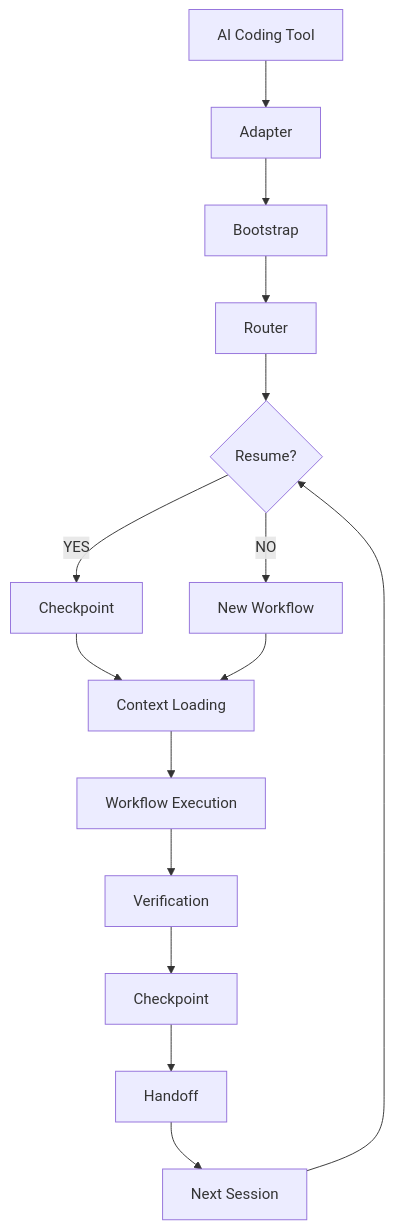
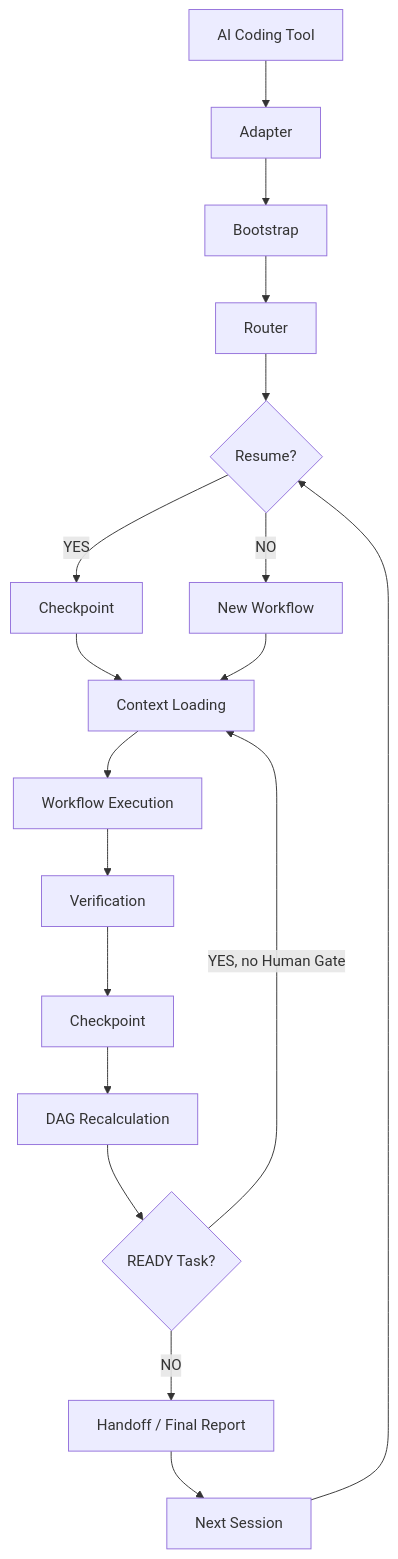
Before and after one commit to AlanHuang168/ai-codeops-harness: the diagram in docs/harness/RUNTIME-MODEL.md, drawn with Mermaid. The commit also changed other lines of this file and 10 other files, not shown here.

```diff
--- a/docs/harness/RUNTIME-MODEL.md
+++ b/docs/harness/RUNTIME-MODEL.md
@@ -93,17 +106,20 @@
 ~~~mermaid
 flowchart TD
     A[AI Coding Tool] --> B[Adapter]
     B --> C[Bootstrap]
     C --> D[Router]
     D --> E{Resume?}
     E -- YES --> F[Checkpoint]
     E -- NO --> G[New Workflow]
     F --> H[Context Loading]
     G --> H
     H --> I[Workflow Execution]
     I --> J[Verification]
     J --> K[Checkpoint]
-    K --> L[Handoff]
+    K --> N[DAG Recalculation]
+    N --> O{READY Task?}
+    O -- YES, no Human Gate --> H
+    O -- NO --> L[Handoff / Final Report]
     L --> M[Next Session]
     M --> E
 ~~~
```
